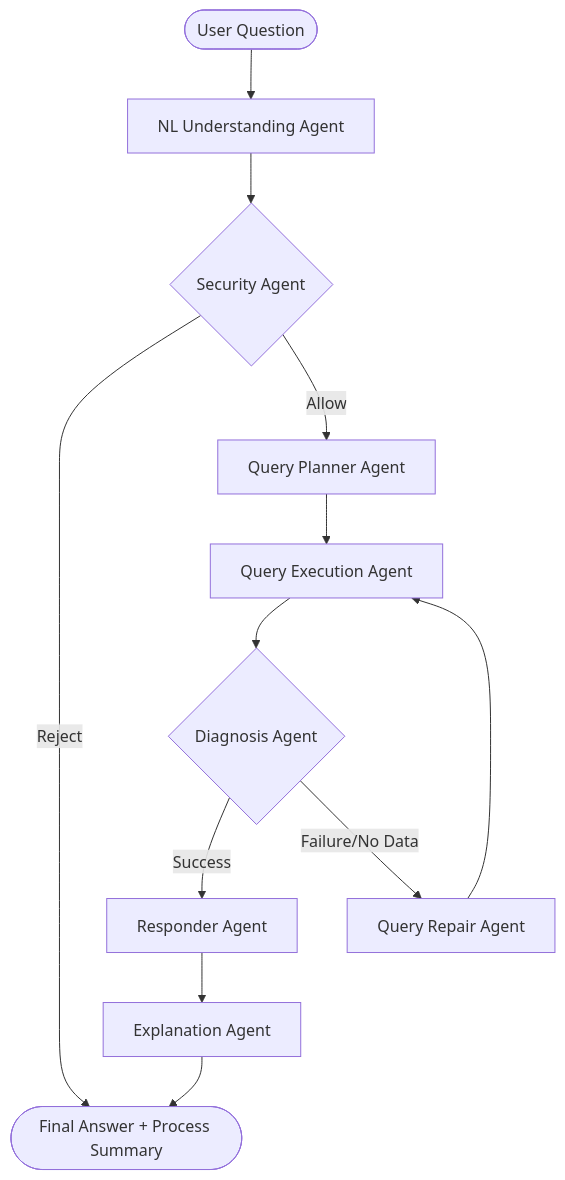
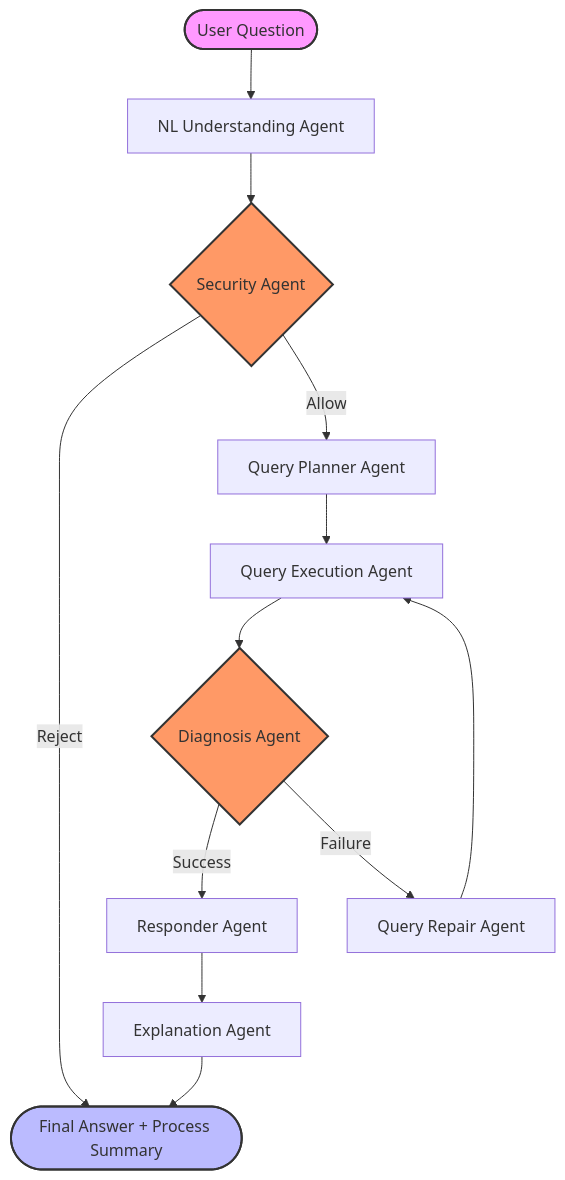
The diagram in README.md (robbyarif/ncu-regulation-kg-qa), drawn with Mermaid before and after one commit. The commit also changed other lines of this file and 4 other files, not shown here.

````diff
--- a/README.md
+++ b/README.md
@@ -7,14 +30,24 @@
 ```mermaid
 graph TD
-    User([User Question]) --> NLU[NL Understanding Agent]
+    User([User Question]) --> NLU["NL Understanding Agent"]
     NLU --> Security{Security Agent}
-    Security -- Reject --> FinalResponse([Security Rejection Response])
-    Security -- Allow --> Planner[Query Planner Agent]
-    Planner --> Executor[Query Execution Agent]
+    
+    Security -- Reject --> FinalResponse(["Security Rejection Response"])
+    Security -- Allow --> Planner["Query Planner Agent"]
+    
+    Planner --> Executor["Query Execution Agent"]
     Executor --> Diagnosis{Diagnosis Agent}
-    Diagnosis -- Success --> Responder[Responder Agent]
-    Diagnosis -- Failure/No Data --> Repair[Query Repair Agent]
+    
+    Diagnosis -- Success --> Responder["Responder Agent"]
+    Diagnosis -- Failure --> Repair["Query Repair Agent"]
+    
     Repair --> Executor
-    Responder --> Explainer[Explanation Agent]
-    Explainer --> FinalResponse([Final Answer + Process Summary])
+    
+    Responder --> Explainer["Explanation Agent"]
+    Explainer --> FinalResponse(["Final Answer + Process Summary"])
+
+    style User fill:#f9f,stroke:#333,stroke-width:2px
+    style FinalResponse fill:#bbf,stroke:#333,stroke-width:2px
+    style Security fill:#f96,stroke:#333,stroke-width:2px
+    style Diagnosis fill:#f96,stroke:#333,stroke-width:2px
 ```
````
